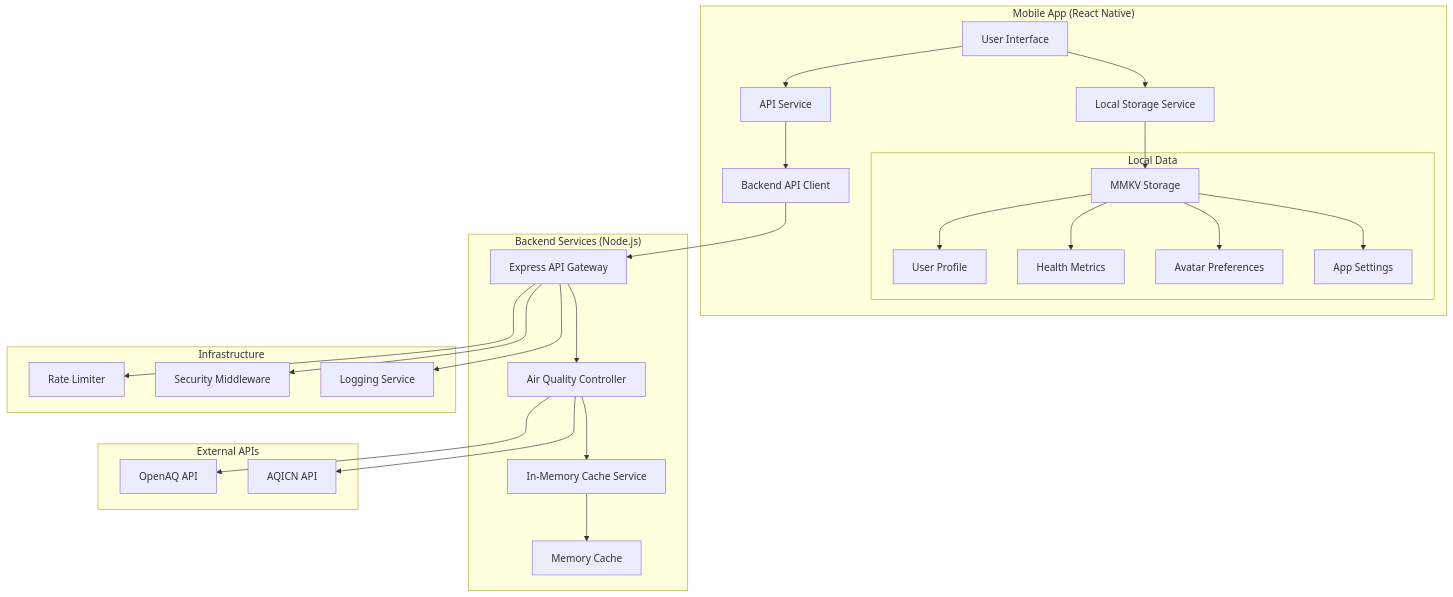
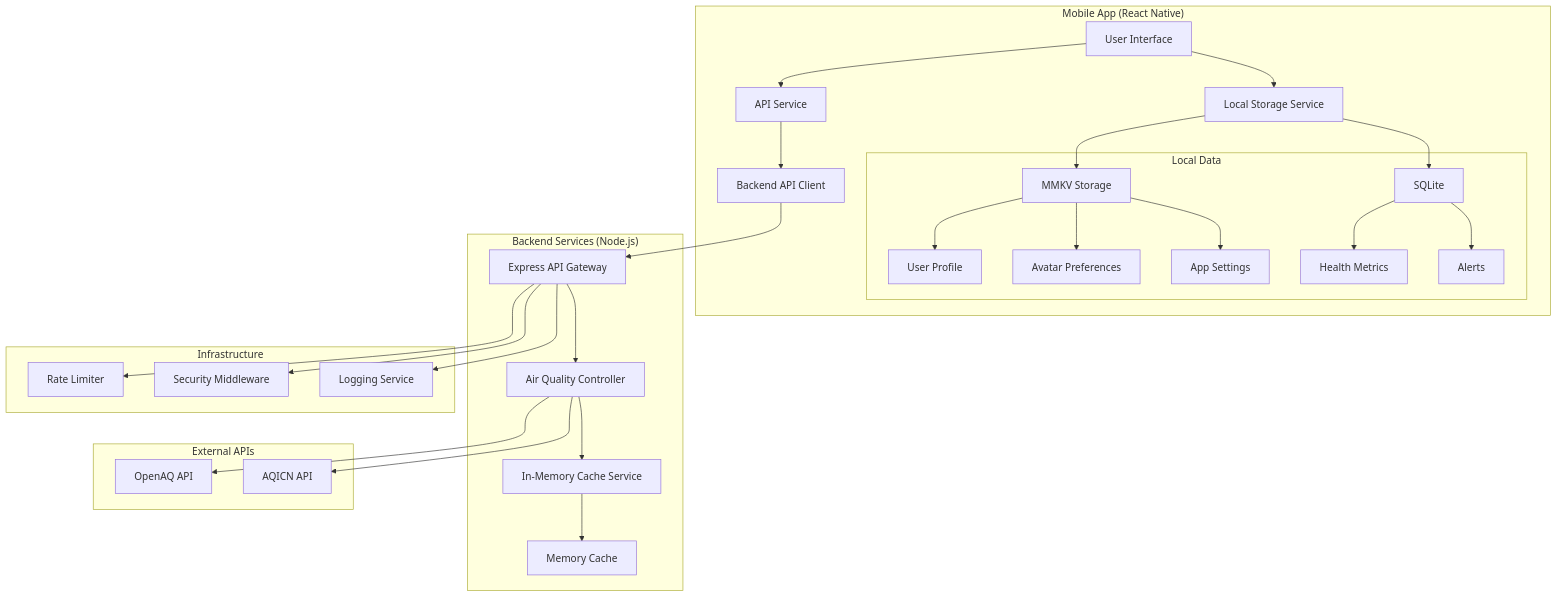
The first of 9 diagrams in docs/ARCHITECTURE.md (atan0168/mirrox), drawn with Mermaid before and after one commit. The commit also changed other lines of this file and 9 other files, not shown here.

````diff
--- a/docs/ARCHITECTURE.md
+++ b/docs/ARCHITECTURE.md
@@ -22,36 +22,38 @@
 ```mermaid
 graph TB
     subgraph "Mobile App (React Native)"
         A[User Interface] --> B[Local Storage Service]
         A --> C[API Service]
         B --> D[MMKV Storage]
-        C --> E[Backend API Client]
+        B --> E[SQLite]
+        C --> I[Backend API Client]
 
         subgraph "Local Data"
             D --> F[User Profile]
-            D --> G[Health Metrics]
-            D --> H[Avatar Preferences]
-            D --> I[App Settings]
+            D --> G[Avatar Preferences]
+            D --> H[App Settings]
+            E --> P[Health Metrics]
+            E --> Q[Alerts]
         end
     end
 
     subgraph "Backend Services (Node.js)"
-        E --> J[Express API Gateway]
+        I --> J[Express API Gateway]
         J --> K[Air Quality Controller]
 
         K --> N[In-Memory Cache Service]
 
         N --> O[Memory Cache]
     end
 
     subgraph "External APIs"
         K --> T[OpenAQ API]
         K --> S[AQICN API]
     end
 
     subgraph "Infrastructure"
         J --> W[Rate Limiter]
         J --> X[Security Middleware]
         J --> Y[Logging Service]
     end
 ```
````
